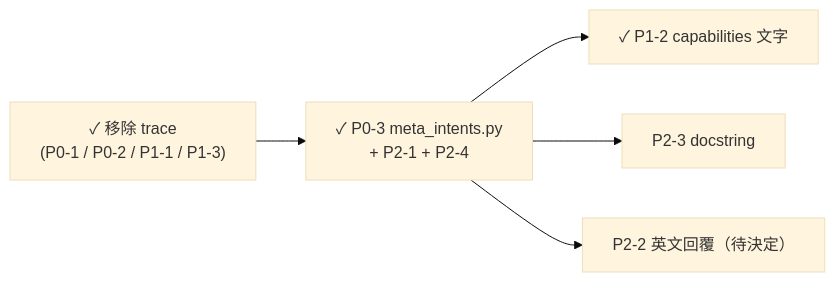
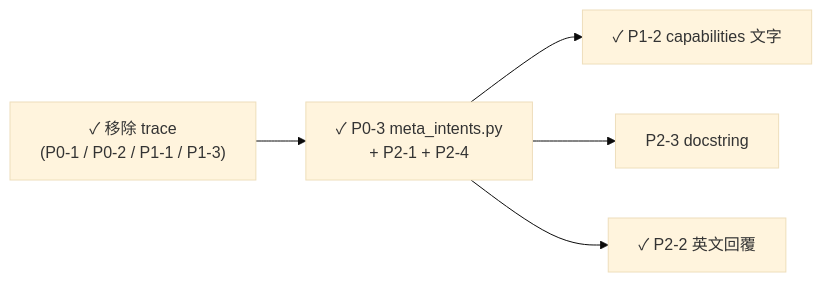
One commit to jltz1207/LoginFastapi changed the fourth of 4 diagrams in docs/plans/in-progress/meta-branch-review-20261015.md. Above: the diagram before and after it, drawn with Mermaid (base theme). The commit also changed other lines of this file and 3 other files, not shown here.

````diff
--- a/docs/plans/in-progress/meta-branch-review-20261015.md
+++ b/docs/plans/in-progress/meta-branch-review-20261015.md
@@ -224,7 +245,7 @@
 ```mermaid
 flowchart LR
     X["✓ 移除 trace<br/>(P0-1 / P0-2 / P1-1 / P1-3)"] --> P03["✓ P0-3 meta_intents.py<br/>+ P2-1 + P2-4"]
     P03 --> P12["✓ P1-2 capabilities 文字"]
     P03 --> P23[P2-3 docstring]
-    P03 --> P22["P2-2 英文回覆（待決定）"]
+    P03 --> P22["✓ P2-2 英文回覆"]
 ```
````
